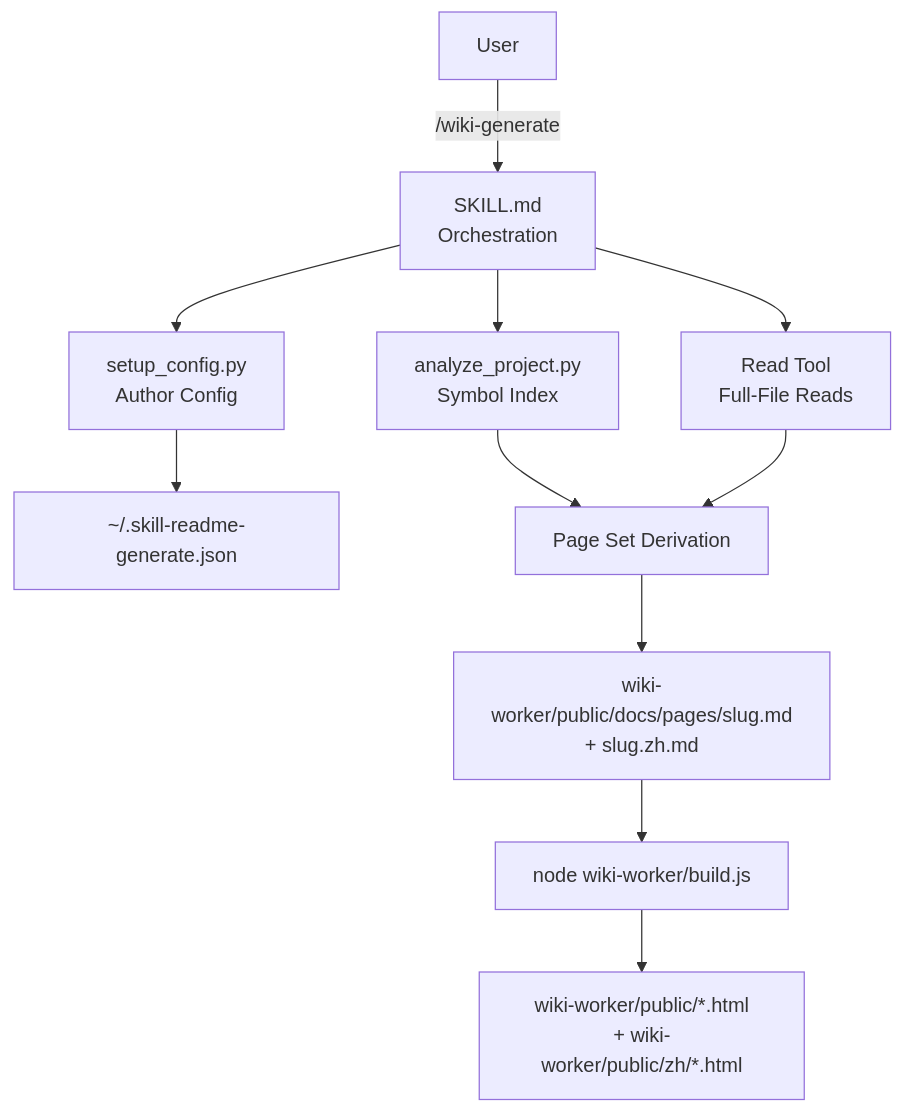
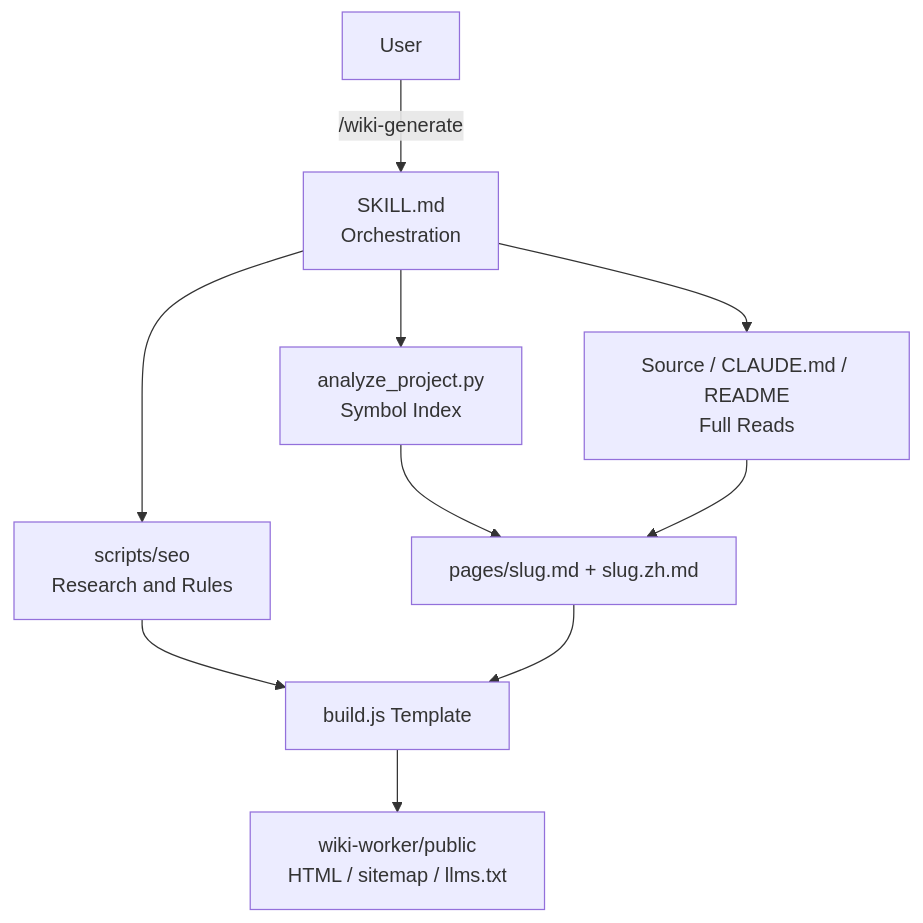
Before and after one commit to agenvoy/skill-wiki-generate: the diagram in README.md, drawn with Mermaid. The commit also changed other lines of this file and 5 other files, not shown here.

Commit message:
doc: Add bilingual README, technical docs, and architecture diagrams

````diff
--- a/README.md
+++ b/README.md
@@ -47,13 +39,12 @@
 ```mermaid
 graph TB
     User[User] -->|/wiki-generate| SKILL[SKILL.md<br/>Orchestration]
-    SKILL --> Config[setup_config.py<br/>Author Config]
     SKILL --> Analyze[analyze_project.py<br/>Symbol Index]
-    SKILL --> ReadSrc[Read Tool<br/>Full-File Reads]
-    Config --> JSON[~/.skill-readme-generate.json]
-    Analyze --> Derive[Page Set Derivation]
-    ReadSrc --> Derive
-    Derive --> MD[wiki-worker/public/docs/pages/slug.md<br/>+ slug.zh.md]
-    MD --> Build[node wiki-worker/build.js]
-    Build --> HTML[wiki-worker/public/*.html<br/>+ wiki-worker/public/zh/*.html]
+    SKILL --> Source[Source / CLAUDE.md / README<br/>Full Reads]
+    SKILL --> SEO[scripts/seo<br/>Research and Rules]
+    Analyze --> Pages[pages/slug.md + slug.zh.md]
+    Source --> Pages
+    SEO --> Build[build.js Template]
+    Pages --> Build
+    Build --> Site[wiki-worker/public<br/>HTML / sitemap / llms.txt]
 ```
````
